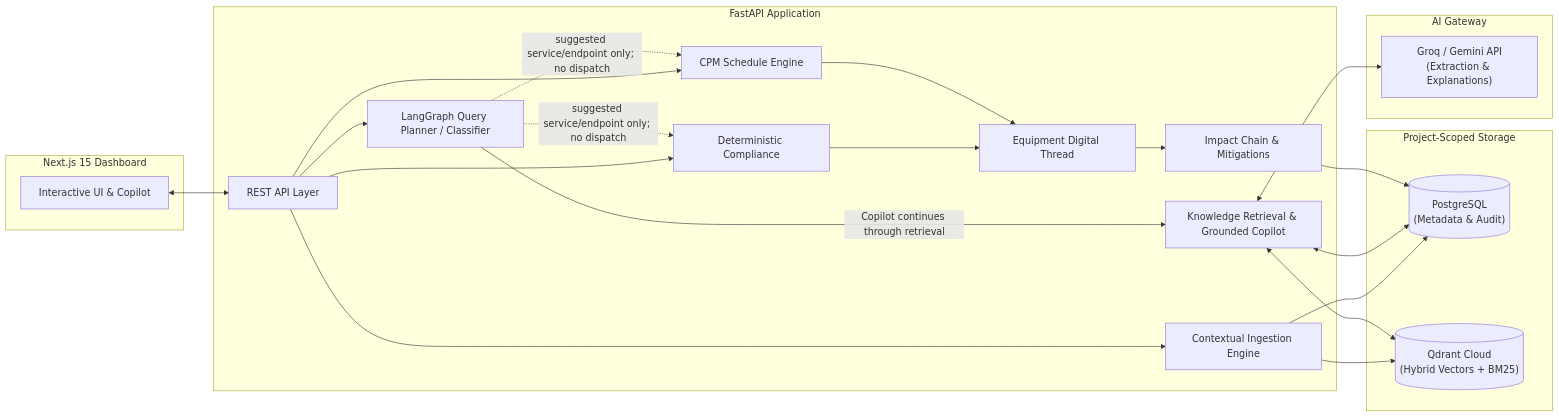
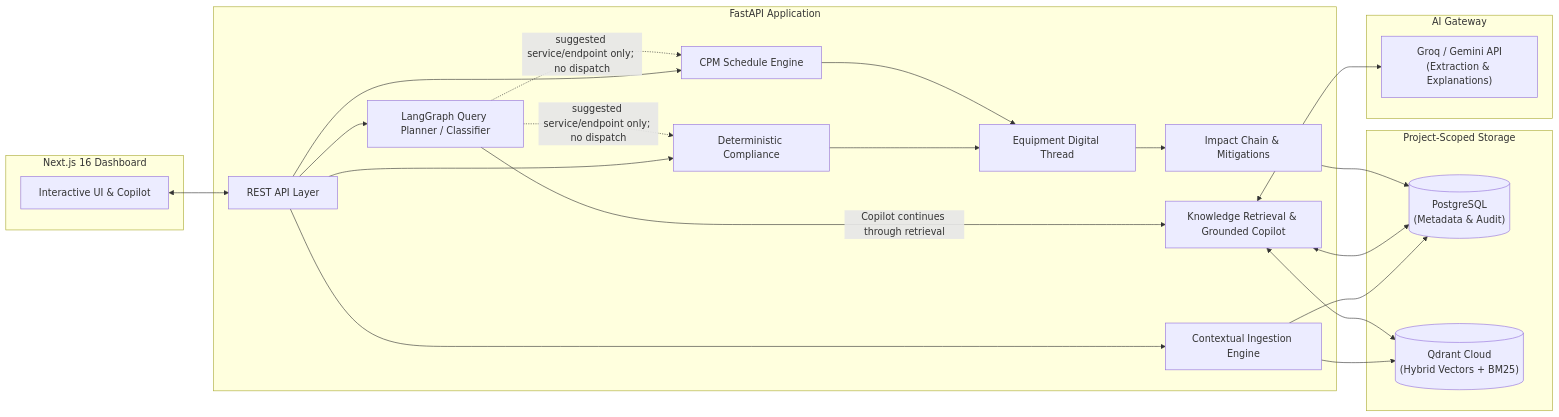
The diagram in README.md (Prabhav200511/project-Atlas), drawn with Mermaid before and after one commit. The commit also changed other lines of this file and 1 other file, not shown here.

````diff
--- a/README.md
+++ b/README.md
@@ -69,35 +71,35 @@
 ```mermaid
 flowchart LR
-    subgraph Frontend [Next.js 15 Dashboard]
+    subgraph Frontend [Next.js 16 Dashboard]
         UI["Interactive UI & Copilot"]
     end
 
     subgraph Backend [FastAPI Application]
         API["REST API Layer"]
         PLAN["LangGraph Query Planner / Classifier"]
         RAG["Knowledge Retrieval & Grounded Copilot"]
         ING["Contextual Ingestion Engine"]
         COMP["Deterministic Compliance"]
         SCH["CPM Schedule Engine"]
         THREAD["Equipment Digital Thread"]
         IMPACT["Impact Chain & Mitigations"]
     end
 
     subgraph Storage [Project-Scoped Storage]
         DB[("PostgreSQL\n(Metadata & Audit)")]
         Q[("Qdrant Cloud\n(Hybrid Vectors + BM25)")]
     end
 
     subgraph AI [AI Gateway]
         GEM["Groq / Gemini API\n(Extraction & Explanations)"]
     end
 
     UI <--> API
     API --> PLAN & ING & COMP & SCH
     ING --> DB & Q
     PLAN -->|"Copilot continues through retrieval"| RAG
     PLAN -.->|"suggested service/endpoint only; no dispatch"| COMP & SCH
     RAG <--> Q & DB
     RAG <--> GEM
     COMP & SCH --> THREAD --> IMPACT --> DB
 ```
````
